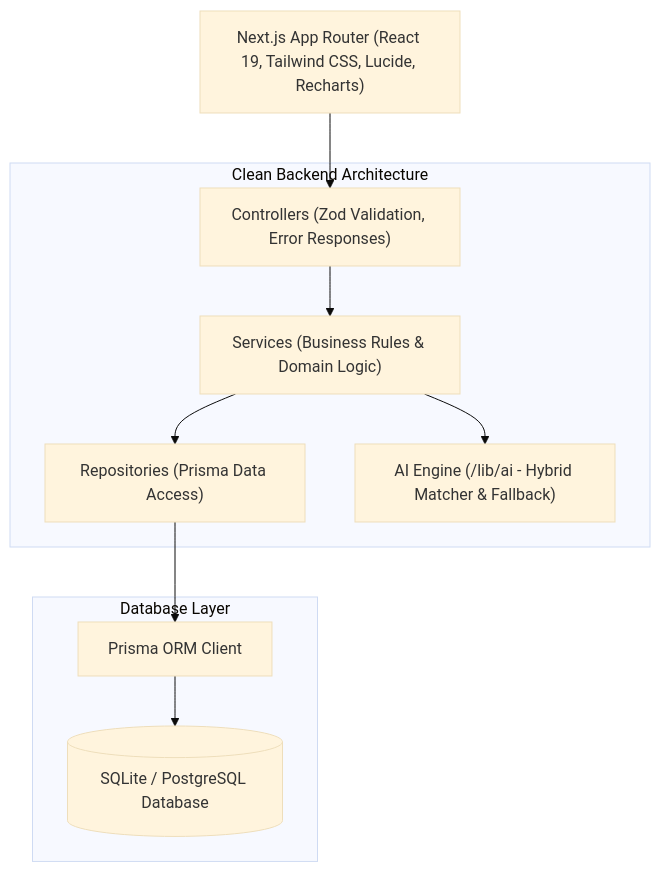
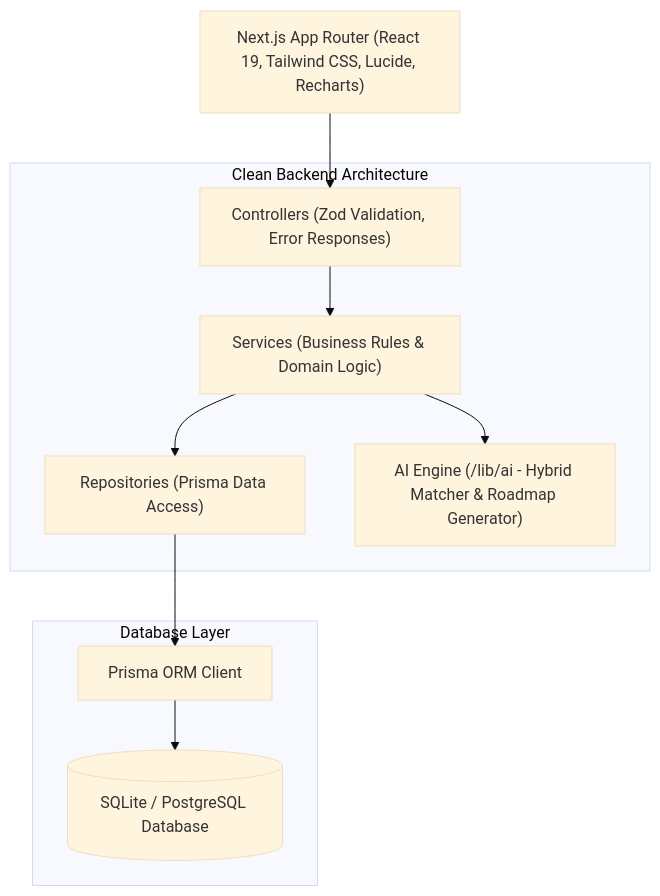
One commit to tharuntej123/growearn changed the diagram in README.md. Above: the diagram before and after it, drawn with Mermaid (base theme). The commit also changed other lines of this file, not shown here.

````diff
--- a/README.md
+++ b/README.md
@@ -54,19 +72,19 @@
 ```mermaid
 graph TD
     Client["Next.js App Router (React 19, Tailwind CSS, Lucide, Recharts)"]
     
     subgraph Backend_Layer ["Clean Backend Architecture"]
         Controllers["Controllers (Zod Validation, Error Responses)"]
         Services["Services (Business Rules & Domain Logic)"]
         Repositories["Repositories (Prisma Data Access)"]
-        AIEngine["AI Engine (/lib/ai - Hybrid Matcher & Fallback)"]
+        AIEngine["AI Engine (/lib/ai - Hybrid Matcher & Roadmap Generator)"]
     end
 
     subgraph Data_Layer ["Database Layer"]
         Prisma["Prisma ORM Client"]
         Database[("SQLite / PostgreSQL Database")]
     end
 
     Client --> Controllers --> Services --> Repositories --> Prisma --> Database
     Services --> AIEngine
 ```
````
